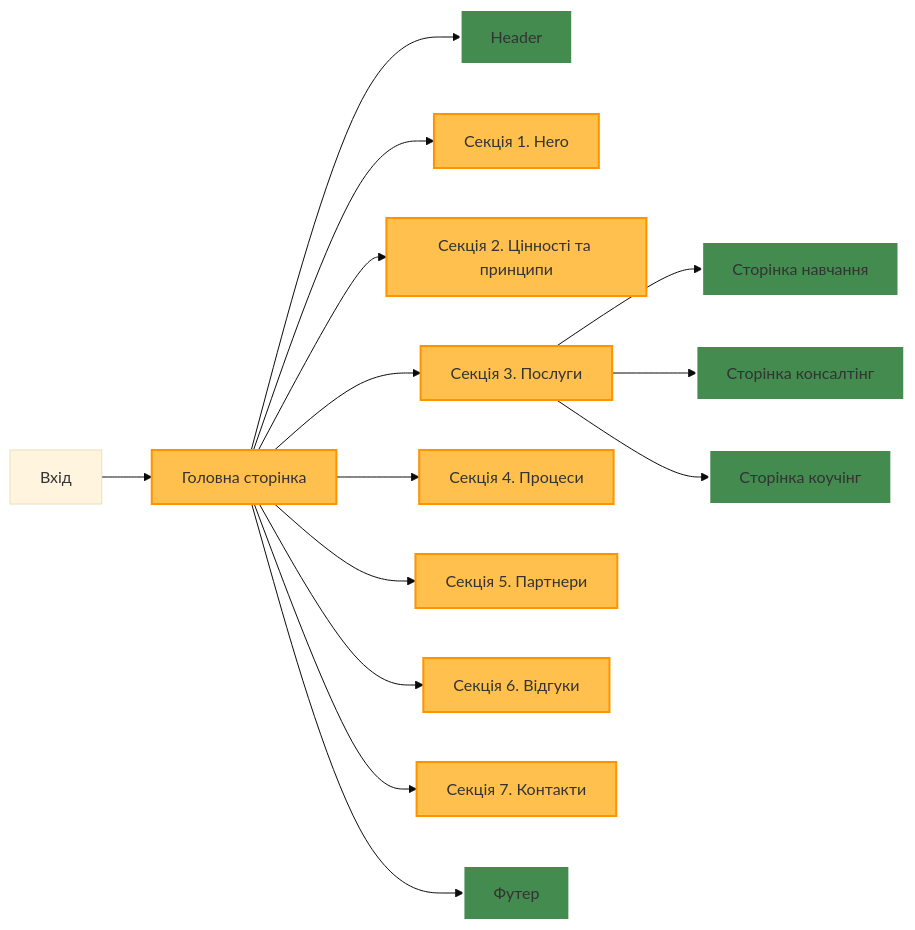
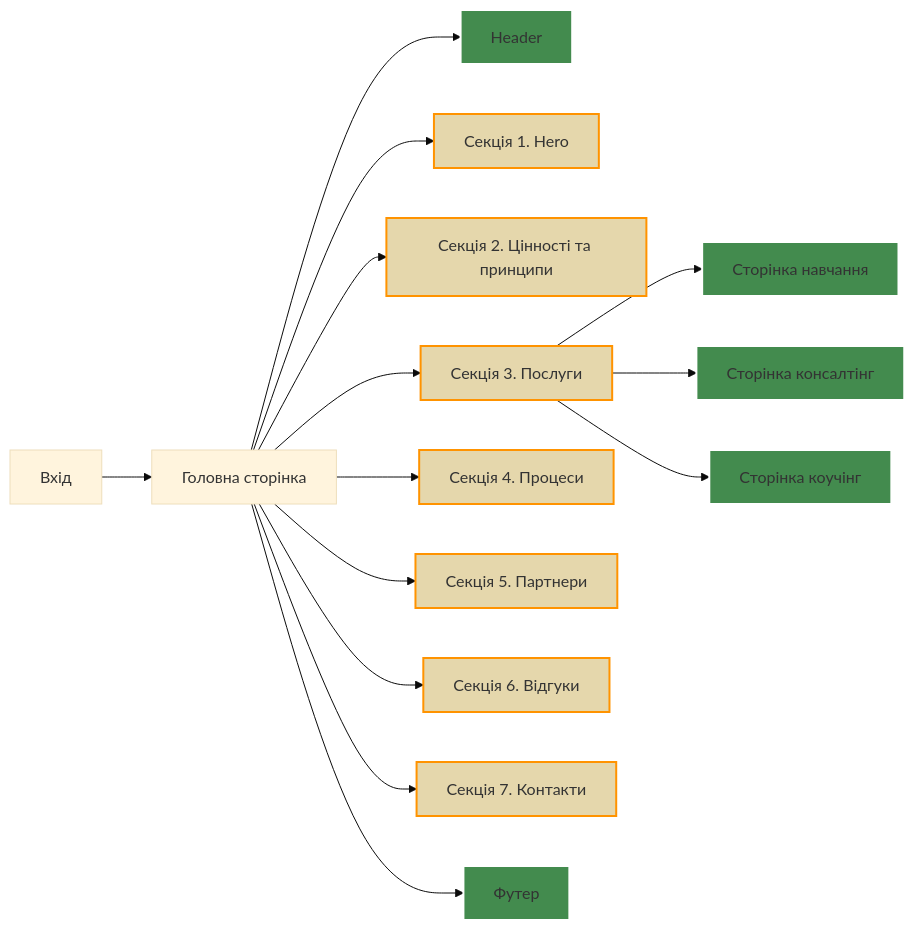
Before and after one commit to sergio-nezhigay/carptravel: the diagram in README.md, drawn with Mermaid (base theme).

````diff
--- a/README.md
+++ b/README.md
@@ -51,38 +51,37 @@
 ```mermaid
 graph LR
 
   %% Хедер
   style B fill:#438b4e, stroke:#ffffff, stroke-width:2px;
 
   %% Секції
-  style A fill:#ffc04d, stroke:#ff9300, stroke-width:2px;
-  style C fill:#ffc04d, stroke:#ff9300, stroke-width:2px;
-  style D fill:#ffc04d, stroke:#ff9300, stroke-width:2px;
-  style E fill:#ffc04d, stroke:#ff9300, stroke-width:2px;
-  style F fill:#ffc04d, stroke:#ff9300, stroke-width:2px;
-  style G fill:#ffc04d, stroke:#ff9300, stroke-width:2px;
-  style H fill:#ffc04d, stroke:#ff9300, stroke-width:2px;
-  style I fill:#ffc04d, stroke:#ff9300, stroke-width:2px;
+  style C fill:#E5D7AC, stroke:#ff9300, stroke-width:2px;
+  style D fill:#E5D7AC, stroke:#ff9300, stroke-width:2px;
+  style E fill:#E5D7AC, stroke:#ff9300, stroke-width:2px;
+  style F fill:#E5D7AC, stroke:#ff9300, stroke-width:2px;
+  style G fill:#E5D7AC, stroke:#ff9300, stroke-width:2px;
+  style H fill:#E5D7AC, stroke:#ff9300, stroke-width:2px;
+  style I fill:#E5D7AC, stroke:#ff9300, stroke-width:2px;
 
   %% Сторінки
   style N fill:#438b4e, stroke:#ffffff, stroke-width:2px;
   style O fill:#438b4e, stroke:#ffffff, stroke-width:2px;
   style P fill:#438b4e, stroke:#ffffff, stroke-width:2px;
 
   %% Футер
   style J fill:#438b4e, stroke:#ffffff, stroke-width:2px;
 
   Z[Вхід] --> A[Головна сторінка]
   A --> B[Header]
   A --> C[Секція 1. Hero]
   A --> D[Секція 2. Цінності та принципи]
   A --> E[Секція 3. Послуги]
   A --> F[Секція 4. Процеси]
   A --> G[Секція 5. Партнери]
   A --> H[Секція 6. Відгуки]
   A --> I[Секція 7. Контакти]
   A --> J[Футер]
   E --> N[Сторінка навчання]
   E --> O[Сторінка консалтінг]
   E --> P[Сторінка коучінг]
 ```
````
